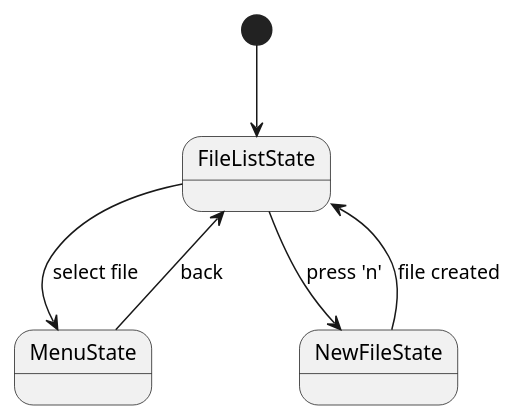
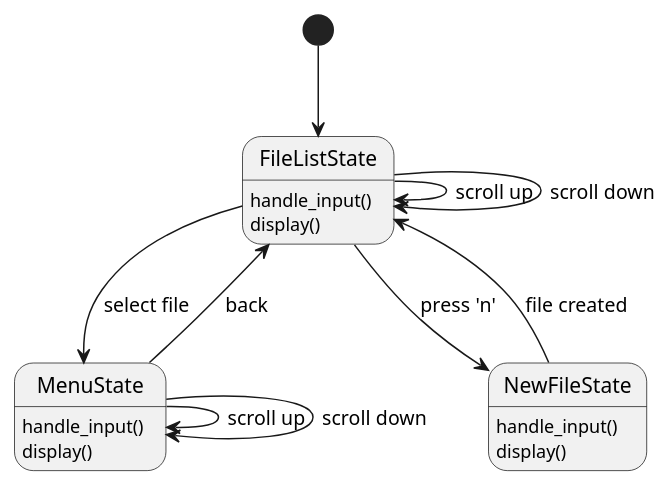
One commit to fuddt/myCurses changed the diagram in docs/state_transition_diagram.puml. Above: the diagram before and after it, drawn with PlantUML. The commit also changed 2 other files, not shown here.

Commit message:
Add detailed PlantUML diagrams for FileNavigator
---

For more details, open the [Copilot Workspace session](https://copilot-workspace.githubnext.com/fuddt/myCurses?shareId=XXXX-XXXX-XXXX-XXXX).

```diff
--- a/docs/state_transition_diagram.puml
+++ b/docs/state_transition_diagram.puml
@@ -1,9 +1,21 @@
 @startuml
 
 [*] --> FileListState
 FileListState --> MenuState : select file
 FileListState --> NewFileState : press 'n'
 MenuState --> FileListState : back
 NewFileState --> FileListState : file created
 
+FileListState : handle_input()
+FileListState : display()
+MenuState : handle_input()
+MenuState : display()
+NewFileState : handle_input()
+NewFileState : display()
+
+FileListState --> FileListState : scroll up
+FileListState --> FileListState : scroll down
+MenuState --> MenuState : scroll up
+MenuState --> MenuState : scroll down
+
 @enduml
```
